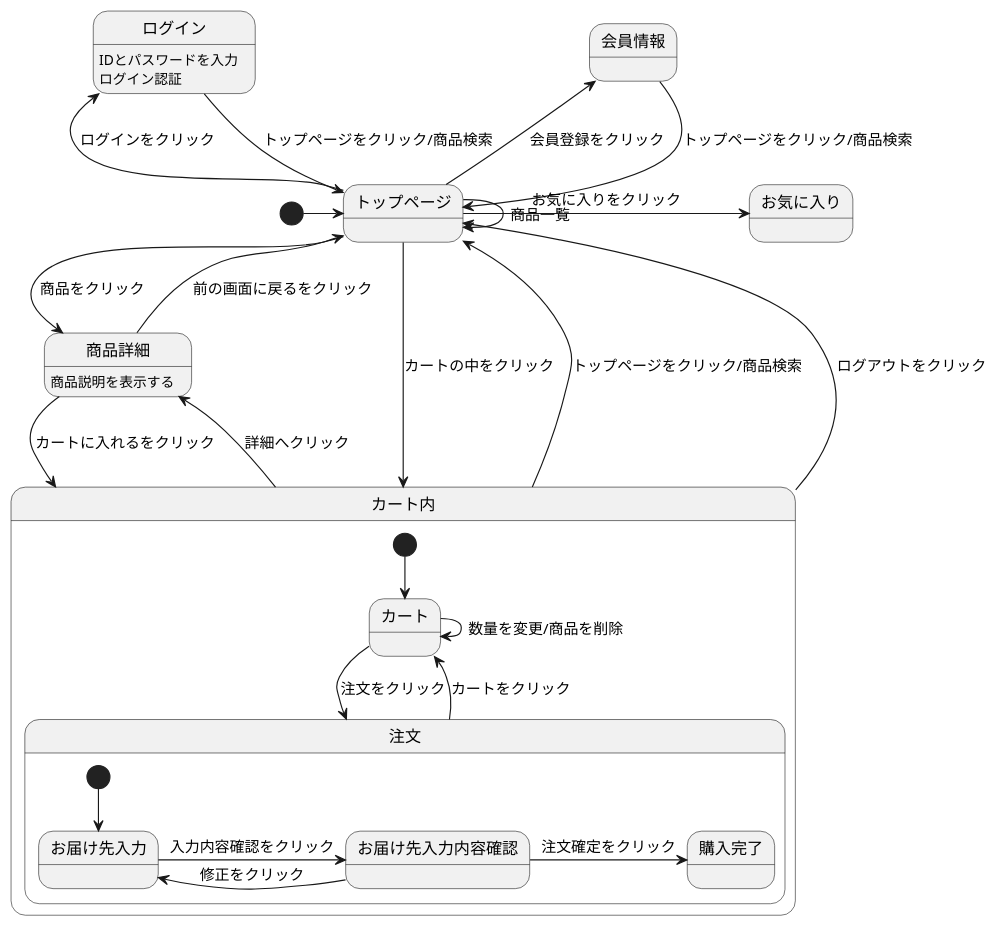
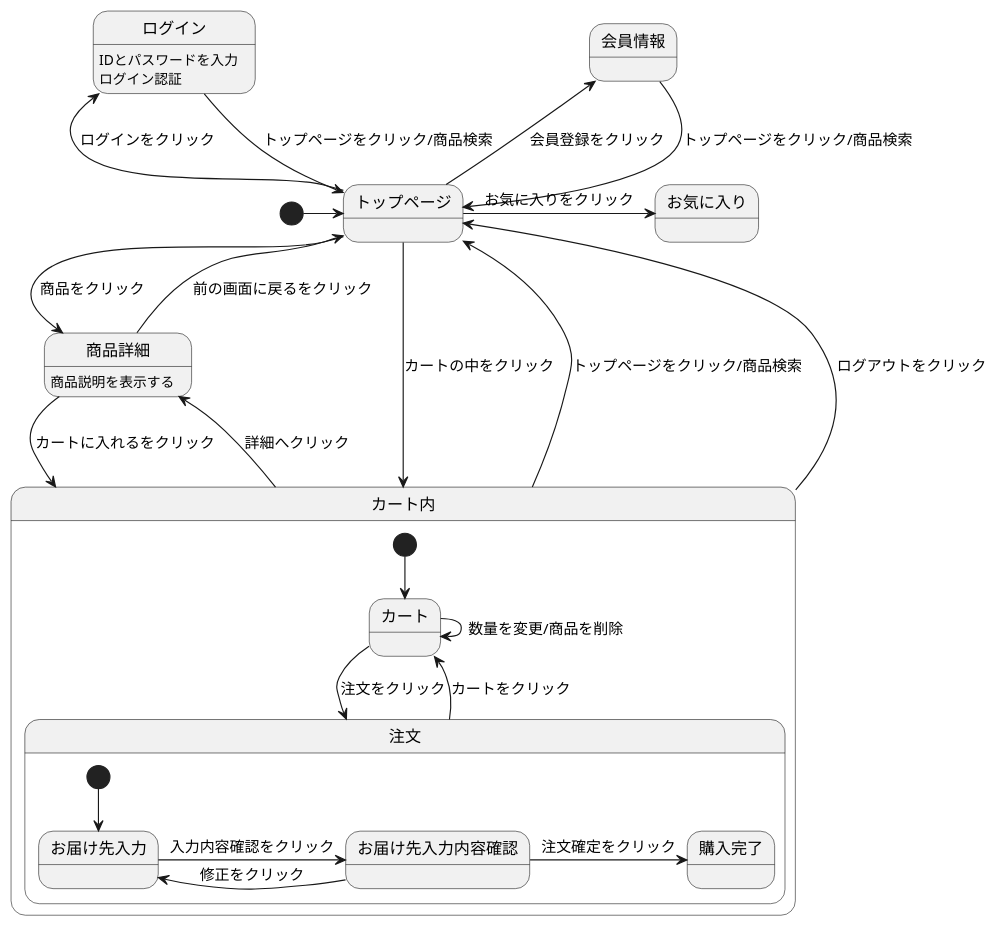
One commit to Aso2001397/2021sys-design changed the diagram in 2001397G.md. Above: the diagram before and after it, drawn with PlantUML.

````diff
--- a/2001397G.md
+++ b/2001397G.md
@@ -1,34 +1,33 @@
 ```uml
 @startuml
 [*] -> トップページ
 会員情報 --> トップページ : トップページをクリック/商品検索
 ログイン --> トップページ : トップページをクリック/商品検索
 ログイン : IDとパスワードを入力
 ログイン : ログイン認証
-トップページ -> トップページ : 商品一覧
 トップページ -> 商品詳細 : 商品をクリック
 トップページ -> お気に入り : お気に入りをクリック
 トップページ -left-> 会員情報 : 会員登録をクリック
 トップページ -left-> ログイン: ログインをクリック
 トップページ --> カート内 : カートの中をクリック
 商品詳細 --> カート内 : カートに入れるをクリック
 商品詳細 --> トップページ : 前の画面に戻るをクリック
 商品詳細 : 商品説明を表示する
 カート内 -up-> トップページ : トップページをクリック/商品検索
 カート内 -up-> トップページ : ログアウトをクリック
 カート内 -> 商品詳細 : 詳細へクリック
 
 state カート内{
  [*] --> カート
  カート -> 注文 : 注文をクリック
  カート -> カート : 数量を変更/商品を削除
  注文 --> カート : カートをクリック
  state 注文{
   [*] --> お届け先入力
   お届け先入力 -> お届け先入力内容確認 : 入力内容確認をクリック
   お届け先入力内容確認 -> お届け先入力 : 修正をクリック
   お届け先入力内容確認 -> 購入完了 : 注文確定をクリック
   }
  }
  @enduml
  ```
````
